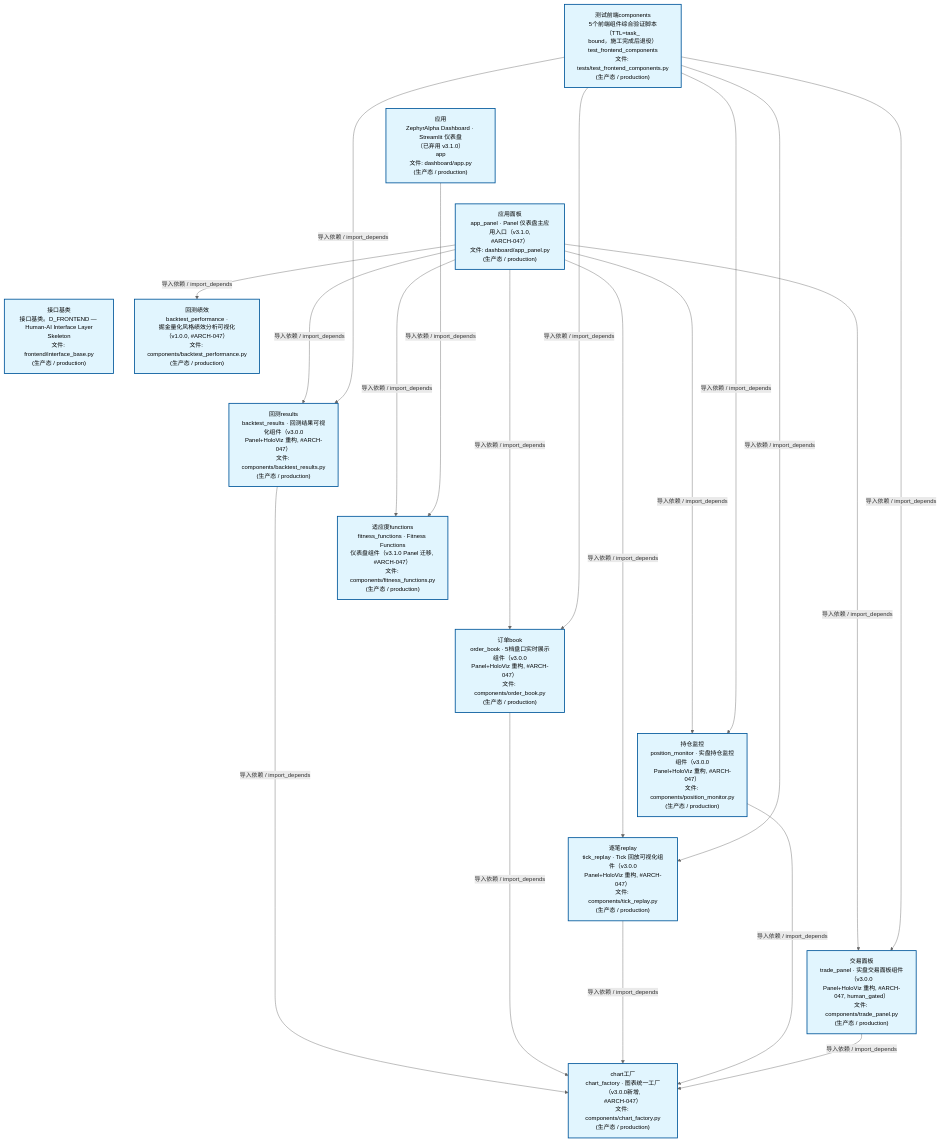
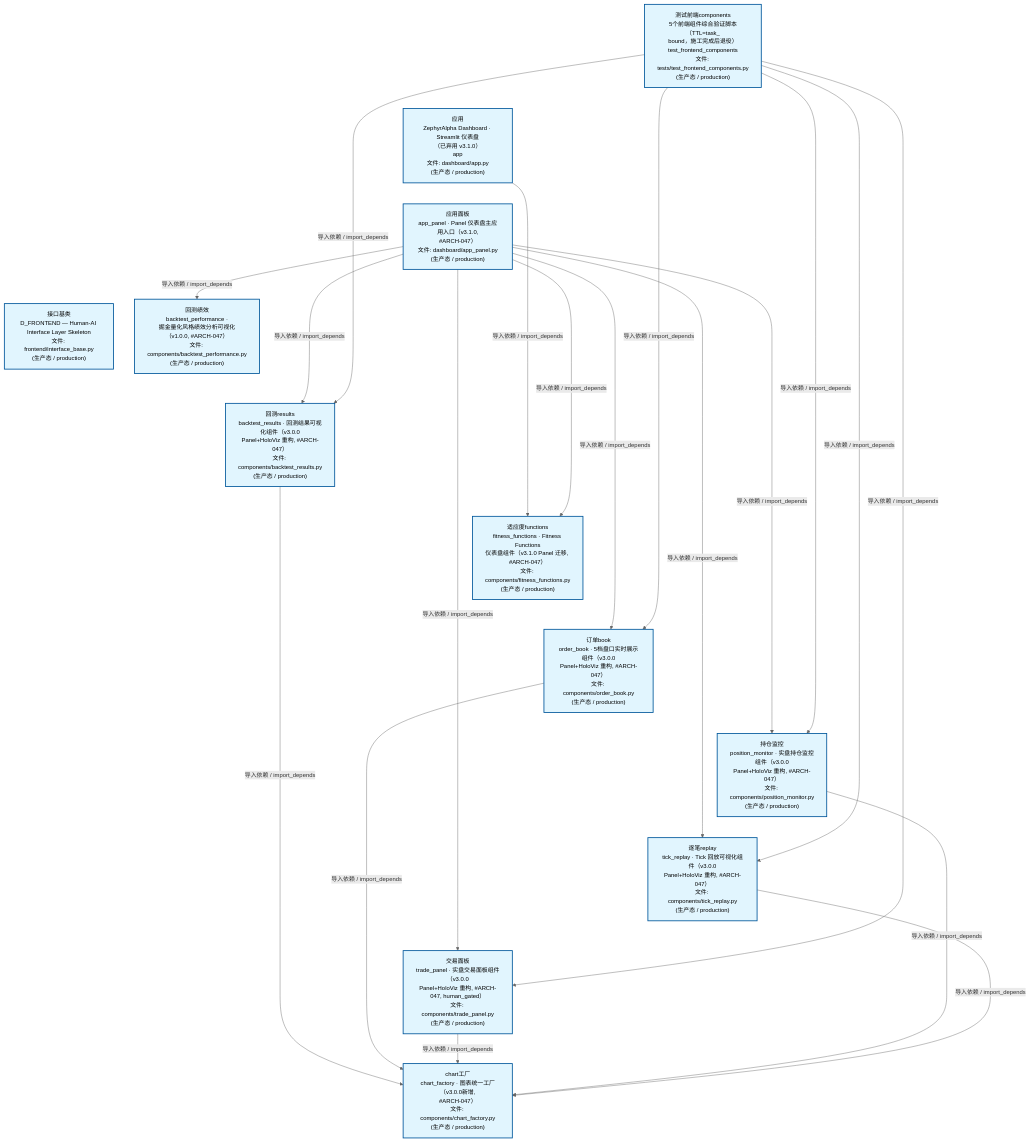
One commit to xuanFelixVan/ZephyrAlpha changed the second of 4 diagrams in docs/02_enterprise_architecture/02_domain_architecture_docs/47_d_frontend.md. Above: the diagram before and after it, drawn with Mermaid. The commit also changed other lines of this file and 63 other files, not shown here.

````diff
--- a/docs/02_enterprise_architecture/02_domain_architecture_docs/47_d_frontend.md
+++ b/docs/02_enterprise_architecture/02_domain_architecture_docs/47_d_frontend.md
@@ -124,48 +124,48 @@
 ```mermaid
 %%{init: {'theme': 'base', 'themeVariables': {'primaryColor': '#eaeaea', 'primaryTextColor': '#333333', 'primaryBorderColor': '#666666', 'lineColor': '#666666', 'secondaryColor': '#eaeaea', 'tertiaryColor': '#eaeaea', 'fontSize': '14px'}}}%%
 flowchart TD
     scripts_tests_test_frontend_components_py["测试前端components<br/>5个前端组件综合验证脚本（TTL=task_<br/>bound，施工完成后退役）<br/>test_frontend_components<br/>文件: tests/test_frontend_components.py<br/>(生产态 / production)"]
     src_zephyr_frontend_dashboard_app_py["应用<br/>ZephyrAlpha Dashboard · Streamlit 仪表盘<br/>（已弃用 v3.1.0）<br/>app<br/>文件: dashboard/app.py<br/>(生产态 / production)"]
     src_zephyr_frontend_dashboard_app_panel_py["应用面板<br/>app_panel · Panel 仪表盘主应用入口（v3.1.0,<br/>#ARCH-047）<br/>文件: dashboard/app_panel.py<br/>(生产态 / production)"]
-    src_zephyr_frontend_interface_base_py["接口基类<br/>接口基类。D_FRONTEND — Human-AI Interface Layer<br/>Skeleton<br/>文件: frontend/interface_base.py<br/>(生产态 / production)"]
+    src_zephyr_frontend_interface_base_py["接口基类<br/>D_FRONTEND — Human-AI Interface Layer Skeleton<br/>文件: frontend/interface_base.py<br/>(生产态 / production)"]
     scripts_tests_test_frontend_components_py ~~~ src_zephyr_frontend_dashboard_app_py
     src_zephyr_frontend_dashboard_app_py ~~~ src_zephyr_frontend_dashboard_app_panel_py
     src_zephyr_frontend_dashboard_app_panel_py ~~~ src_zephyr_frontend_interface_base_py
     src_zephyr_frontend_dashboard_components_backtest_performance_py["回测绩效<br/>backtest_performance ·<br/>掘金量化风格绩效分析可视化（v1.0.0, #ARCH-047）<br/>文件: components/backtest_performance.py<br/>(生产态 / production)"]
     src_zephyr_frontend_dashboard_components_backtest_results_py["回测results<br/>backtest_results · 回测结果可视化组件（v3.0.0<br/>Panel+HoloViz 重构, #ARCH-047）<br/>文件: components/backtest_results.py<br/>(生产态 / production)"]
     src_zephyr_frontend_dashboard_components_fitness_functions_py["适应度functions<br/>fitness_functions · Fitness Functions<br/>仪表盘组件（v3.1.0 Panel 迁移, #ARCH-047）<br/>文件: components/fitness_functions.py<br/>(生产态 / production)"]
     src_zephyr_frontend_dashboard_components_order_book_py["订单book<br/>order_book · 5档盘口实时展示组件（v3.0.0<br/>Panel+HoloViz 重构, #ARCH-047）<br/>文件: components/order_book.py<br/>(生产态 / production)"]
     src_zephyr_frontend_dashboard_components_position_monitor_py["持仓监控<br/>position_monitor · 实盘持仓监控组件（v3.0.0<br/>Panel+HoloViz 重构, #ARCH-047）<br/>文件: components/position_monitor.py<br/>(生产态 / production)"]
     src_zephyr_frontend_dashboard_components_tick_replay_py["逐笔replay<br/>tick_replay · Tick 回放可视化组件（v3.0.0<br/>Panel+HoloViz 重构, #ARCH-047）<br/>文件: components/tick_replay.py<br/>(生产态 / production)"]
     src_zephyr_frontend_dashboard_components_trade_panel_py["交易面板<br/>trade_panel · 实盘交易面板组件（v3.0.0<br/>Panel+HoloViz 重构, #ARCH-047, human_gated）<br/>文件: components/trade_panel.py<br/>(生产态 / production)"]
     src_zephyr_frontend_dashboard_components_backtest_performance_py ~~~ src_zephyr_frontend_dashboard_components_backtest_results_py
     src_zephyr_frontend_dashboard_components_backtest_results_py ~~~ src_zephyr_frontend_dashboard_components_fitness_functions_py
     src_zephyr_frontend_dashboard_components_fitness_functions_py ~~~ src_zephyr_frontend_dashboard_components_order_book_py
     src_zephyr_frontend_dashboard_components_order_book_py ~~~ src_zephyr_frontend_dashboard_components_position_monitor_py
     src_zephyr_frontend_dashboard_components_position_monitor_py ~~~ src_zephyr_frontend_dashboard_components_tick_replay_py
     src_zephyr_frontend_dashboard_components_tick_replay_py ~~~ src_zephyr_frontend_dashboard_components_trade_panel_py
     src_zephyr_frontend_dashboard_components_chart_factory_py["chart工厂<br/>chart_factory · 图表统一工厂（v3.0.0新增,<br/>#ARCH-047）<br/>文件: components/chart_factory.py<br/>(生产态 / production)"]
+    src_zephyr_frontend_dashboard_app_py -->|导入依赖 / import_depends| src_zephyr_frontend_dashboard_components_fitness_functions_py
+    src_zephyr_frontend_dashboard_app_panel_py -->|导入依赖 / import_depends| src_zephyr_frontend_dashboard_components_backtest_results_py
     src_zephyr_frontend_dashboard_app_panel_py -->|导入依赖 / import_depends| src_zephyr_frontend_dashboard_components_backtest_performance_py
-    src_zephyr_frontend_dashboard_app_panel_py -->|导入依赖 / import_depends| src_zephyr_frontend_dashboard_components_backtest_results_py
+    src_zephyr_frontend_dashboard_app_panel_py -->|导入依赖 / import_depends| src_zephyr_frontend_dashboard_components_fitness_functions_py
     src_zephyr_frontend_dashboard_app_panel_py -->|导入依赖 / import_depends| src_zephyr_frontend_dashboard_components_order_book_py
-    src_zephyr_frontend_dashboard_app_panel_py -->|导入依赖 / import_depends| src_zephyr_frontend_dashboard_components_fitness_functions_py
+    src_zephyr_frontend_dashboard_app_panel_py -->|导入依赖 / import_depends| src_zephyr_frontend_dashboard_components_trade_panel_py
+    src_zephyr_frontend_dashboard_app_panel_py -->|导入依赖 / import_depends| src_zephyr_frontend_dashboard_components_position_monitor_py
     src_zephyr_frontend_dashboard_app_panel_py -->|导入依赖 / import_depends| src_zephyr_frontend_dashboard_components_tick_replay_py
-    src_zephyr_frontend_dashboard_app_panel_py -->|导入依赖 / import_depends| src_zephyr_frontend_dashboard_components_position_monitor_py
-    src_zephyr_frontend_dashboard_app_panel_py -->|导入依赖 / import_depends| src_zephyr_frontend_dashboard_components_trade_panel_py
     src_zephyr_frontend_dashboard_components_backtest_results_py -->|导入依赖 / import_depends| src_zephyr_frontend_dashboard_components_chart_factory_py
-    src_zephyr_frontend_dashboard_app_py -->|导入依赖 / import_depends| src_zephyr_frontend_dashboard_components_fitness_functions_py
     src_zephyr_frontend_dashboard_components_order_book_py -->|导入依赖 / import_depends| src_zephyr_frontend_dashboard_components_chart_factory_py
+    src_zephyr_frontend_dashboard_components_trade_panel_py -->|导入依赖 / import_depends| src_zephyr_frontend_dashboard_components_chart_factory_py
+    src_zephyr_frontend_dashboard_components_position_monitor_py -->|导入依赖 / import_depends| src_zephyr_frontend_dashboard_components_chart_factory_py
     src_zephyr_frontend_dashboard_components_tick_replay_py -->|导入依赖 / import_depends| src_zephyr_frontend_dashboard_components_chart_factory_py
-    src_zephyr_frontend_dashboard_components_position_monitor_py -->|导入依赖 / import_depends| src_zephyr_frontend_dashboard_components_chart_factory_py
-    src_zephyr_frontend_dashboard_components_trade_panel_py -->|导入依赖 / import_depends| src_zephyr_frontend_dashboard_components_chart_factory_py
     scripts_tests_test_frontend_components_py -->|导入依赖 / import_depends| src_zephyr_frontend_dashboard_components_backtest_results_py
     scripts_tests_test_frontend_components_py -->|导入依赖 / import_depends| src_zephyr_frontend_dashboard_components_order_book_py
+    scripts_tests_test_frontend_components_py -->|导入依赖 / import_depends| src_zephyr_frontend_dashboard_components_trade_panel_py
+    scripts_tests_test_frontend_components_py -->|导入依赖 / import_depends| src_zephyr_frontend_dashboard_components_position_monitor_py
     scripts_tests_test_frontend_components_py -->|导入依赖 / import_depends| src_zephyr_frontend_dashboard_components_tick_replay_py
-    scripts_tests_test_frontend_components_py -->|导入依赖 / import_depends| src_zephyr_frontend_dashboard_components_position_monitor_py
-    scripts_tests_test_frontend_components_py -->|导入依赖 / import_depends| src_zephyr_frontend_dashboard_components_trade_panel_py
     classDef production fill:#e1f5fe,stroke:#01579b,stroke-width:2px,color:#000
     classDef design fill:#fff3e0,stroke:#e65100,stroke-width:2px,color:#000,stroke-dasharray: 5 5
     classDef external_prod fill:#e8f4fd,stroke:#0277bd,stroke-width:1px,color:#000
     classDef external_design fill:#fff8e7,stroke:#ef6c00,stroke-width:1px,color:#000,stroke-dasharray: 5 5
     class scripts_tests_test_frontend_components_py,src_zephyr_frontend_dashboard_app_py,src_zephyr_frontend_dashboard_app_panel_py,src_zephyr_frontend_dashboard_components_backtest_performance_py,src_zephyr_frontend_dashboard_components_backtest_results_py,src_zephyr_frontend_dashboard_components_chart_factory_py,src_zephyr_frontend_dashboard_components_fitness_functions_py,src_zephyr_frontend_dashboard_components_order_book_py,src_zephyr_frontend_dashboard_components_position_monitor_py,src_zephyr_frontend_dashboard_components_tick_replay_py,src_zephyr_frontend_dashboard_components_trade_panel_py,src_zephyr_frontend_interface_base_py production
 ```
````
